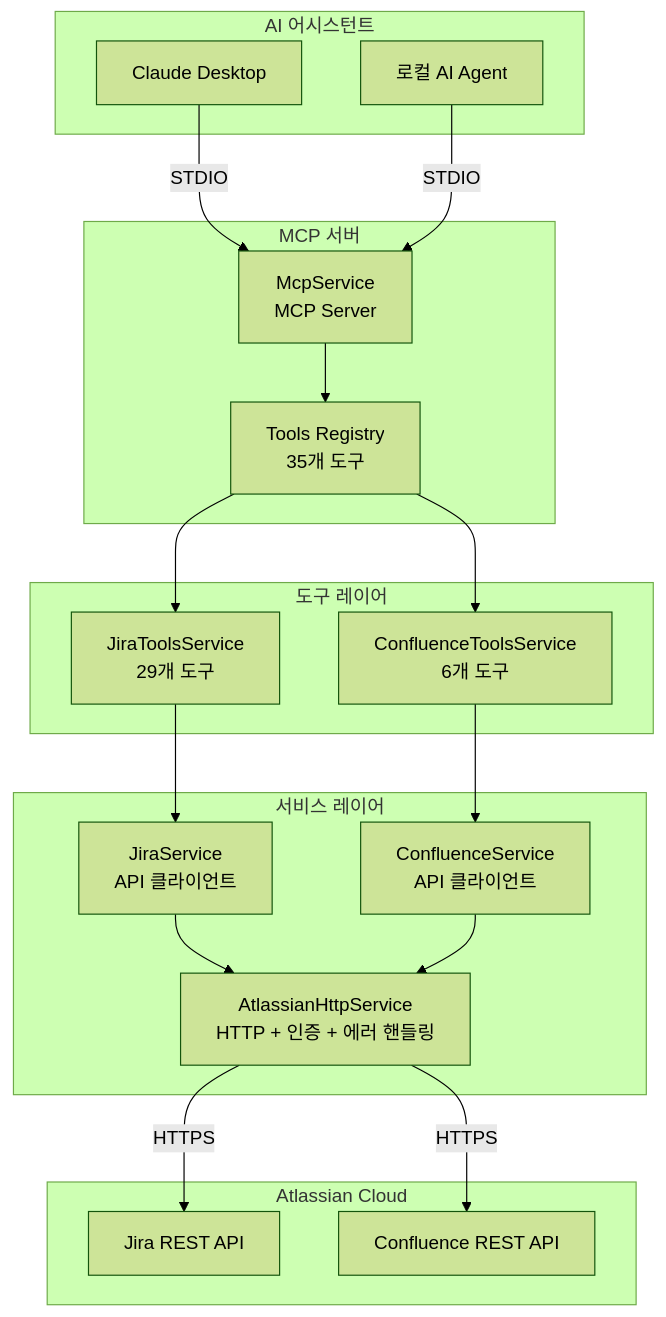
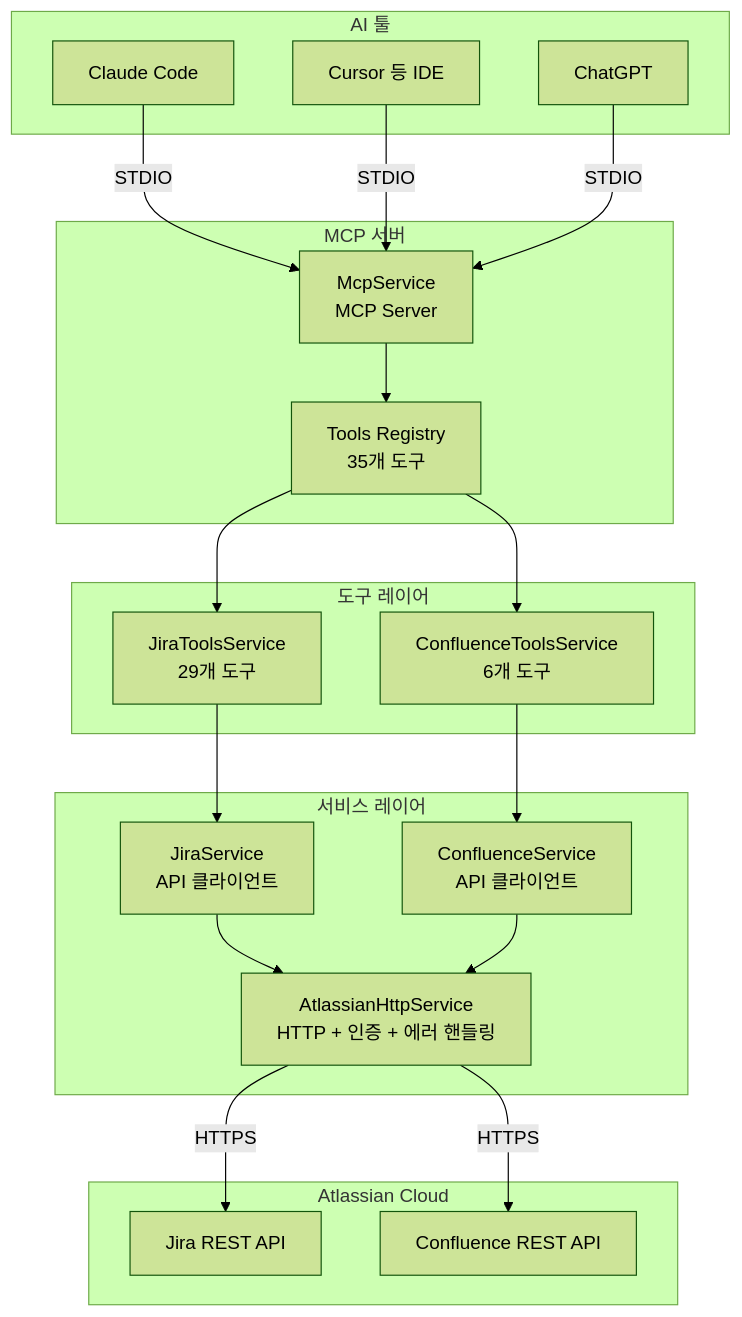
The diagram in README.md (dfassf/mcp-server-atlassian), drawn with Mermaid (forest theme) before and after one commit. The commit also changed other lines of this file, not shown here.

````diff
--- a/README.md
+++ b/README.md
@@ -204,40 +209,42 @@
 ```mermaid
 graph TB
-    subgraph "AI 어시스턴트"
-        Claude[Claude Desktop]
-        LocalAI[로컬 AI Agent]
+    subgraph "AI 툴"
+        Claude[Claude Code]
+        IDE[Cursor 등 IDE]
+        ChatGPT[ChatGPT]
     end
     
     subgraph "MCP 서버"
         MCP[McpService<br/>MCP Server]
         Tools[Tools Registry<br/>35개 도구]
     end
     
     subgraph "도구 레이어"
         JiraTools[JiraToolsService<br/>29개 도구]
         ConfluenceTools[ConfluenceToolsService<br/>6개 도구]
     end
     
     subgraph "서비스 레이어"
         JiraService[JiraService<br/>API 클라이언트]
         ConfluenceService[ConfluenceService<br/>API 클라이언트]
         HttpService[AtlassianHttpService<br/>HTTP + 인증 + 에러 핸들링]
     end
     
     subgraph "Atlassian Cloud"
         JiraAPI[Jira REST API]
         ConfluenceAPI[Confluence REST API]
     end
     
     Claude -->|STDIO| MCP
-    LocalAI -->|STDIO| MCP
+    IDE -->|STDIO| MCP
+    ChatGPT -->|STDIO| MCP
     MCP --> Tools
     Tools --> JiraTools
     Tools --> ConfluenceTools
     JiraTools --> JiraService
     ConfluenceTools --> ConfluenceService
     JiraService --> HttpService
     ConfluenceService --> HttpService
     HttpService -->|HTTPS| JiraAPI
     HttpService -->|HTTPS| ConfluenceAPI
 ```
````
